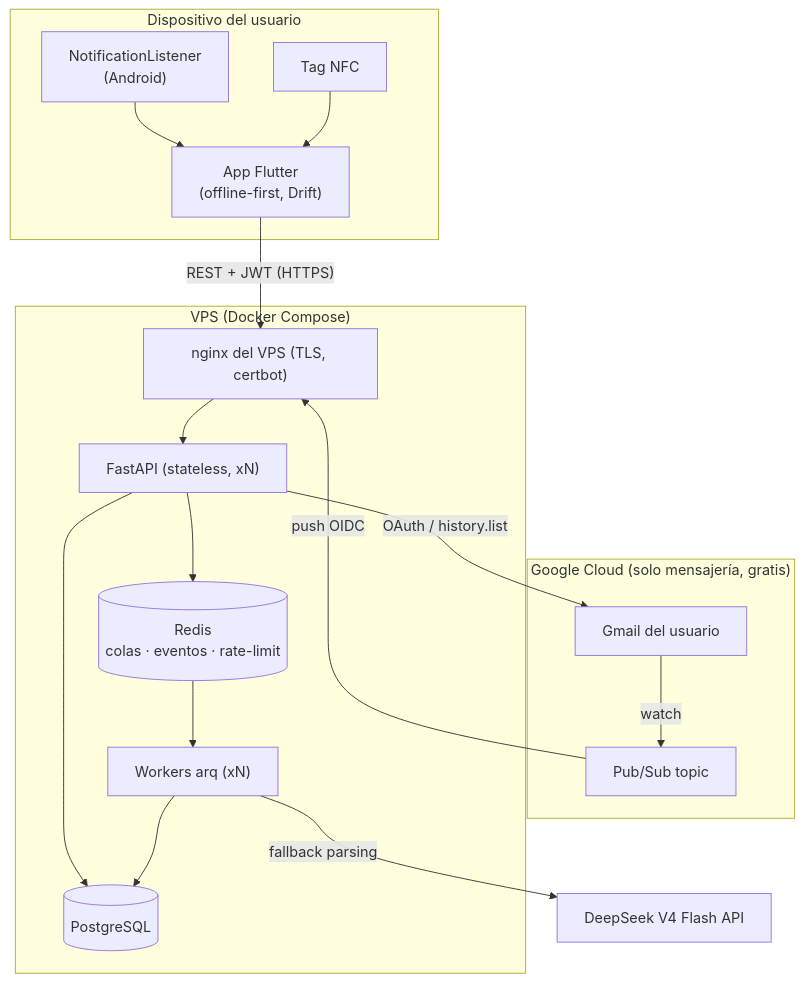
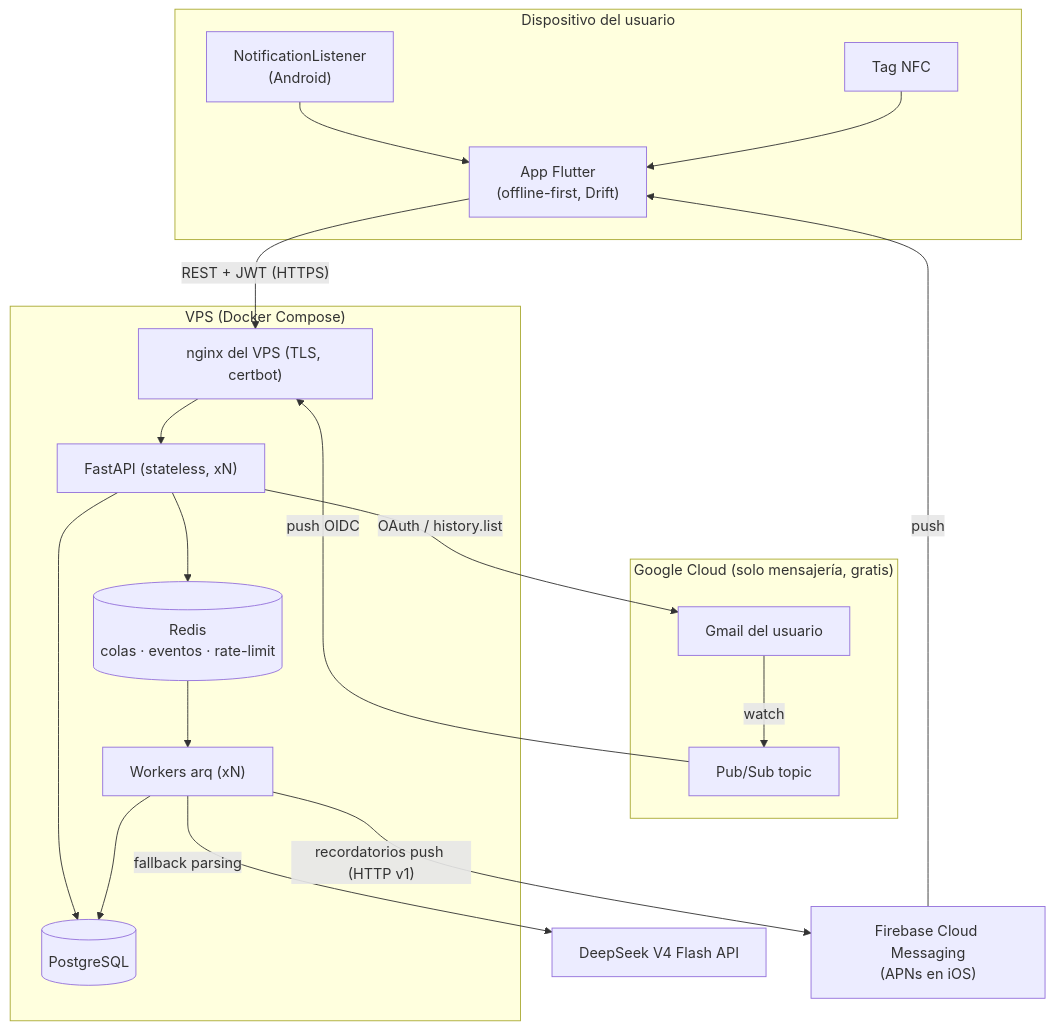
Before and after one commit to CristianmMst/luka: the first of 2 diagrams in docs/specs/003-architecture/spec.md, drawn with Mermaid. The commit also changed other lines of this file and 11 other files, not shown here.

First line of the commit message:
docs(specs): gastos fijos y recordatorios push (RF-12)

````diff
--- a/docs/specs/003-architecture/spec.md
+++ b/docs/specs/003-architecture/spec.md
@@ -5,34 +5,37 @@
 ```mermaid
 flowchart TB
     subgraph device["Dispositivo del usuario"]
         APP["App Flutter<br/>(offline-first, Drift)"]
         NL["NotificationListener<br/>(Android)"]
         NFC["Tag NFC"]
         NL --> APP
         NFC --> APP
     end
 
     subgraph gcp["Google Cloud (solo mensajería, gratis)"]
         GMAIL["Gmail del usuario"] -->|watch| PUBSUB["Pub/Sub topic"]
     end
 
     subgraph vps["VPS (Docker Compose)"]
         CADDY["nginx del VPS (TLS, certbot)"]
         API["FastAPI (stateless, xN)"]
         WK["Workers arq (xN)"]
         PG[("PostgreSQL")]
         RD[("Redis<br/>colas · eventos · rate-limit")]
         CADDY --> API
         API --> PG
         API --> RD
         RD --> WK
         WK --> PG
     end
 
     DS["DeepSeek V4 Flash API"]
+    FCM["Firebase Cloud Messaging<br/>(APNs en iOS)"]
 
     APP -->|"REST + JWT (HTTPS)"| CADDY
     PUBSUB -->|"push OIDC"| CADDY
     WK -->|fallback parsing| DS
     API -->|"OAuth / history.list"| GMAIL
+    WK -->|"recordatorios push (HTTP v1)"| FCM
+    FCM -->|push| APP
 ```
````
